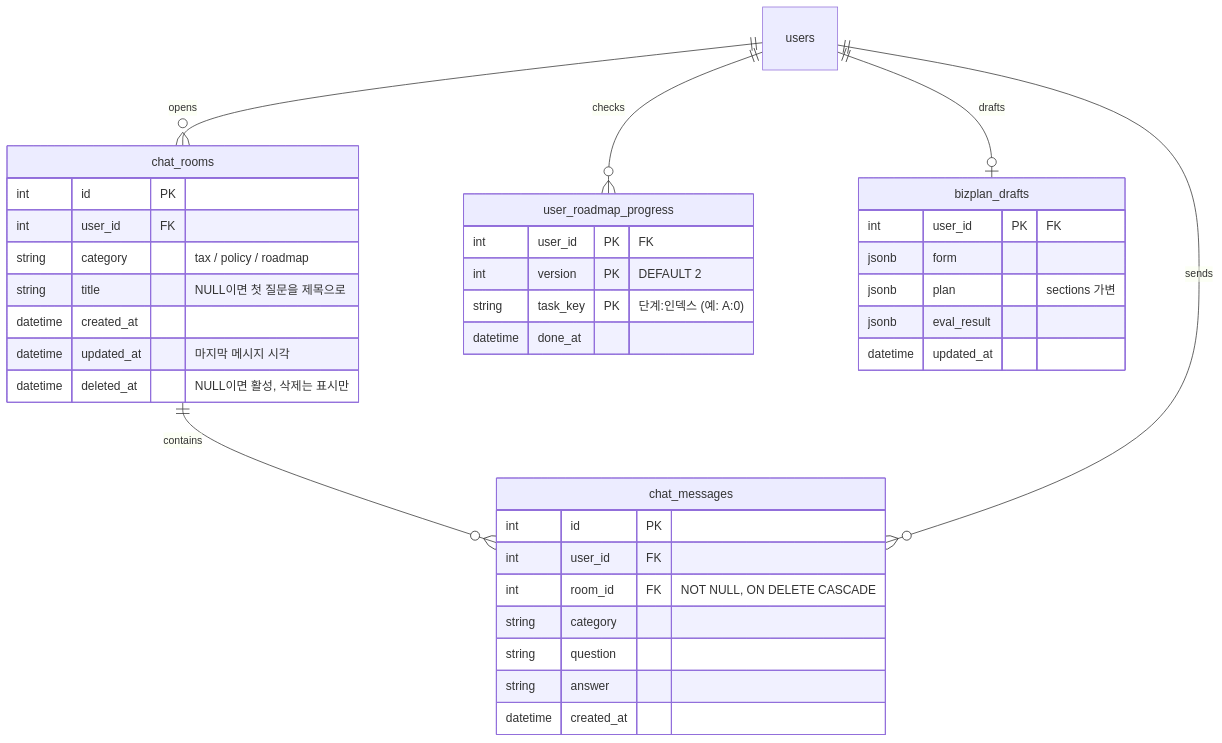
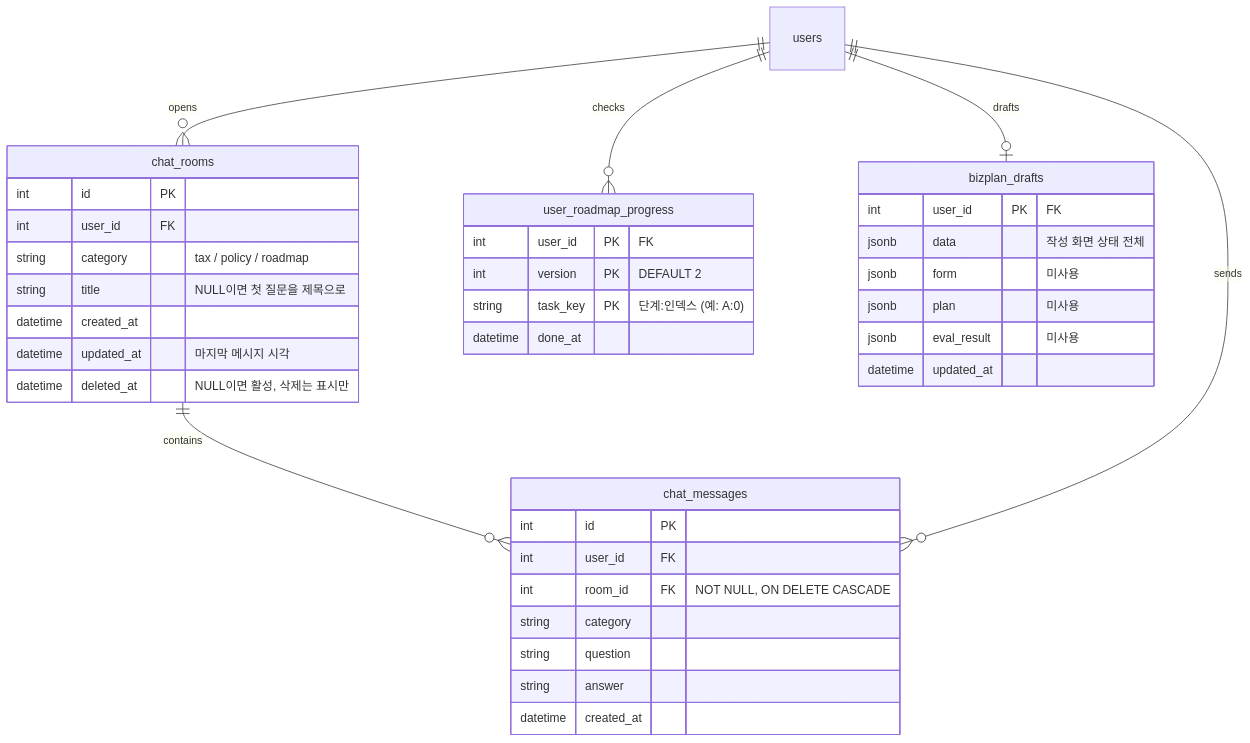
One commit to SKNETWORKS-FAMILY-AICAMP/SKN34-4th-3Team changed the second of 2 diagrams in Docs/Design/ERD.md. Above: the diagram before and after it, drawn with Mermaid. The commit also changed other lines of this file and 19 other files, not shown here.

````diff
--- a/Docs/Design/ERD.md
+++ b/Docs/Design/ERD.md
@@ -294,43 +294,44 @@
 ```mermaid
 erDiagram
     users ||--o{ chat_rooms : opens
     chat_rooms ||--o{ chat_messages : contains
     users ||--o{ chat_messages : sends
     users ||--o{ user_roadmap_progress : checks
     users ||--o| bizplan_drafts : drafts
 
     chat_rooms {
         int id PK
         int user_id FK
         string category "tax / policy / roadmap"
         string title "NULL이면 첫 질문을 제목으로"
         datetime created_at
         datetime updated_at "마지막 메시지 시각"
         datetime deleted_at "NULL이면 활성, 삭제는 표시만"
     }
 
     chat_messages {
         int id PK
         int user_id FK
         int room_id FK "NOT NULL, ON DELETE CASCADE"
         string category
         string question
         string answer
         datetime created_at
     }
 
     user_roadmap_progress {
         int user_id PK "FK"
         int version PK "DEFAULT 2"
         string task_key PK "단계:인덱스 (예: A:0)"
         datetime done_at
     }
 
     bizplan_drafts {
         int user_id PK "FK"
-        jsonb form
-        jsonb plan "sections 가변"
-        jsonb eval_result
+        jsonb data "작성 화면 상태 전체"
+        jsonb form "미사용"
+        jsonb plan "미사용"
+        jsonb eval_result "미사용"
         datetime updated_at
     }
 ```
````
